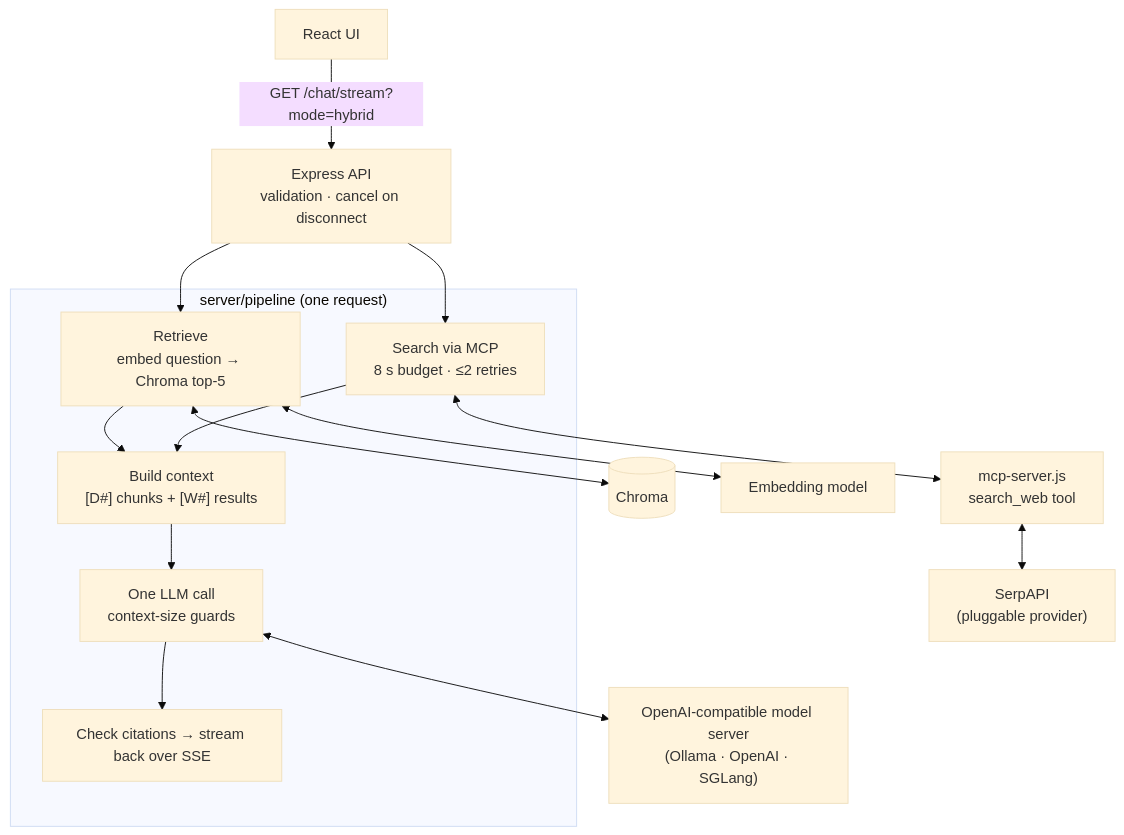
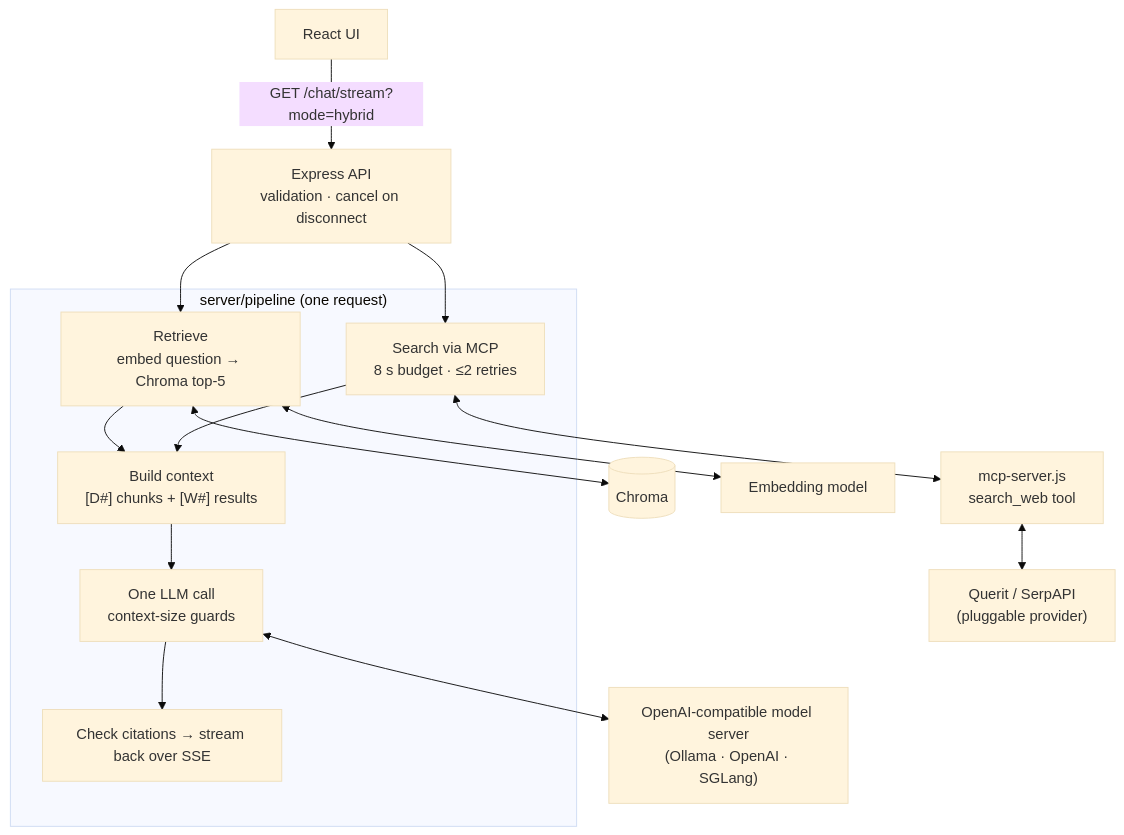
One commit to AgentHan115/qa-agent changed the diagram in README.md. Above: the diagram before and after it, drawn with Mermaid (base theme). The commit also changed other lines of this file and 3 other files, not shown here.

First line of the commit message:
Write up the search API comparison; default to Querit with 1500-char snippets

````diff
--- a/README.md
+++ b/README.md
@@ -32,19 +32,19 @@
 ```mermaid
 flowchart TB
     UI["React UI"] -->|"GET /chat/stream?mode=hybrid"| API["Express API<br/>validation · cancel on disconnect"]
     API --> R & S
     subgraph P["server/pipeline (one request)"]
         R["Retrieve<br/>embed question → Chroma top-5"]
         S["Search via MCP<br/>8 s budget · ≤2 retries"]
         C["Build context<br/>[D#] chunks + [W#] results"]
         L["One LLM call<br/>context-size guards"]
         V["Check citations → stream back over SSE"]
         R --> C
         S --> C
         C --> L --> V
     end
     R <--> DB[("Chroma")]
     R <--> E["Embedding model"]
-    S <--> M["mcp-server.js<br/>search_web tool"] <--> SP["SerpAPI<br/>(pluggable provider)"]
+    S <--> M["mcp-server.js<br/>search_web tool"] <--> SP["Querit / SerpAPI<br/>(pluggable provider)"]
     L <--> LLM["OpenAI-compatible model server<br/>(Ollama · OpenAI · SGLang)"]
 ```
````
